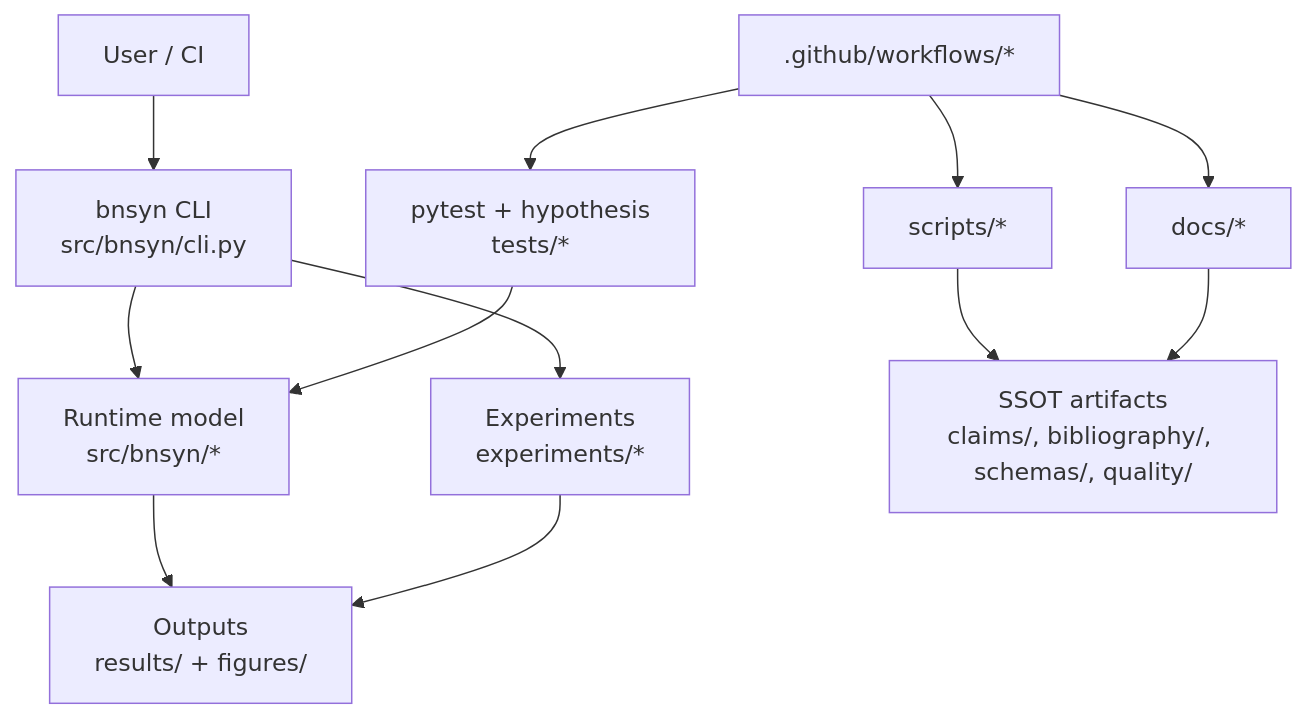
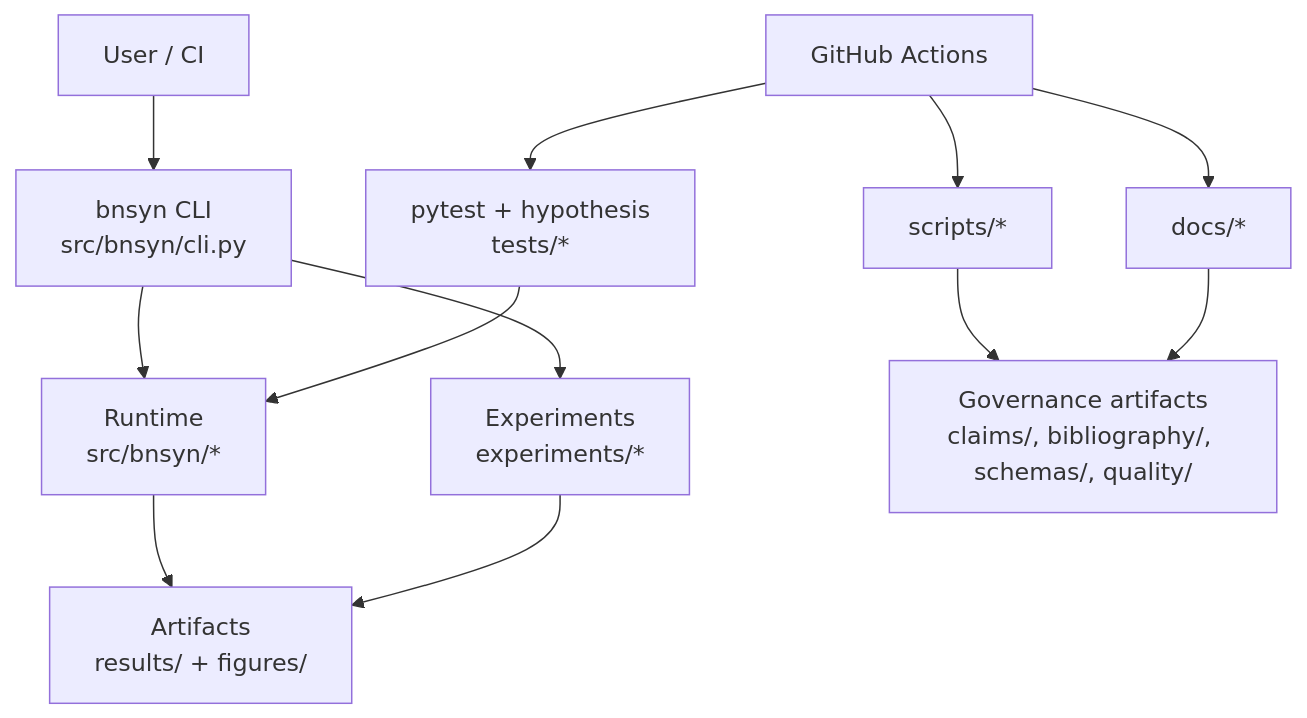
The diagram in README.md (neuron7x/bnsyn-phase-controlled-emergent-dynamics), drawn with Mermaid before and after one commit. The commit also changed other lines of this file and 14 other files, not shown here.

````diff
--- a/README.md
+++ b/README.md
@@ -78,16 +62,16 @@
 ```mermaid
 flowchart TD
     U[User / CI] --> CLI[bnsyn CLI\nsrc/bnsyn/cli.py]
-    CLI --> RT[Runtime model\nsrc/bnsyn/*]
+    CLI --> RT[Runtime\nsrc/bnsyn/*]
     CLI --> EXP[Experiments\nexperiments/*]
-    RT --> OUT[Outputs\nresults/ + figures/]
+    RT --> OUT[Artifacts\nresults/ + figures/]
     EXP --> OUT
 
     TEST[pytest + hypothesis\ntests/*] --> RT
-    SCRIPTS[scripts/*] --> GOV[SSOT artifacts\nclaims/, bibliography/, schemas/, quality/]
+    SCRIPTS[scripts/*] --> GOV[Governance artifacts\nclaims/, bibliography/, schemas/, quality/]
     DOCS[docs/*] --> GOV
 
-    CI[.github/workflows/*] --> TEST
+    CI[GitHub Actions] --> TEST
     CI --> SCRIPTS
     CI --> DOCS
 ```
````
